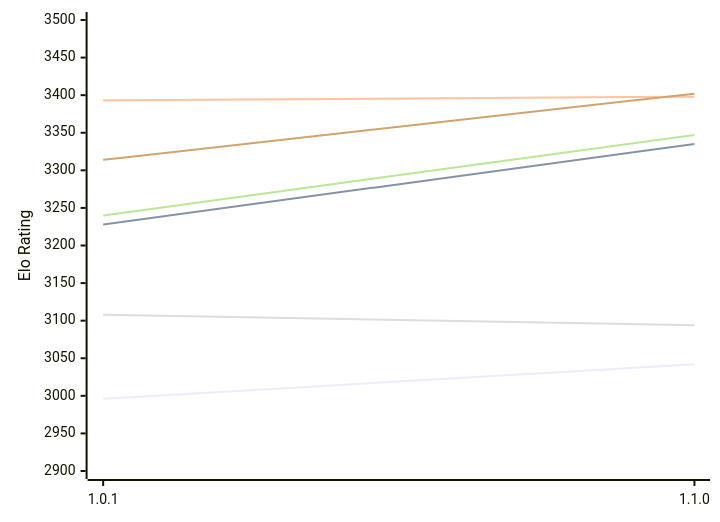
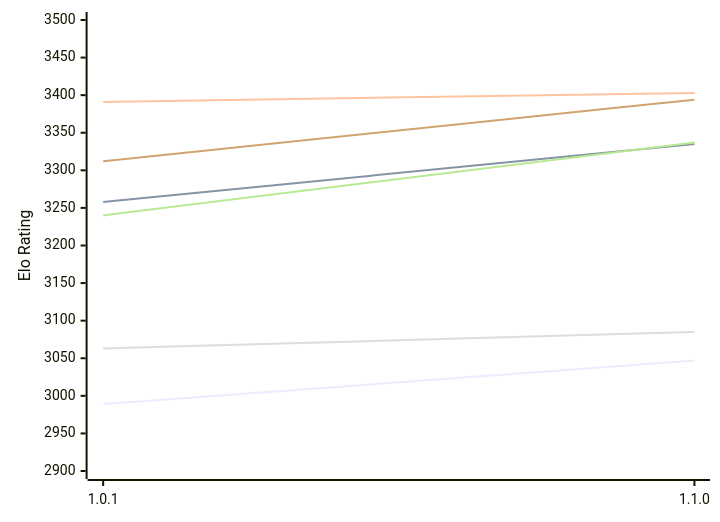
One commit to computer-chess-index/cci changed the first of 2 diagrams in engines/Ursus.md. Above: the diagram before and after it, drawn with Mermaid. The commit also changed other lines of this file, not shown here.

Commit message:
Update CCI Ratings (ELO VLTC) - 2026-11-15

````diff
--- a/engines/Ursus.md
+++ b/engines/Ursus.md
@@ -51,12 +51,12 @@
 ```mermaid
 %%{init: {"theme":"base","themeVariables":{"seriesColors:['#a3a3a3','#222221','#faa371']}}}%%
 xychart-beta
   x-axis ["1.0.1", "1.1.0"]
   y-axis "Elo Rating" 2900 --> 3500
-  line "E1: STC (8.0+0.08s)" [2996, 3042]
-  line "E1: LTC (60.0+0.60s)" [3228, 3335]
-  line "E1: VLTC (2m24s+1.12s)" [3393, 3398]
-  line "P1: STC (8.0+0.08s)" [3108, 3094]
-  line "P1: LTC (60.0+0.60s)" [3240, 3347]
-  line "P1: VLTC (2m24s+1.12s)" [3314, 3402]
+  line "E1: STC (8.0+0.08s)" [2989, 3047]
+  line "E1: LTC (60.0+0.60s)" [3258, 3335]
+  line "E1: VLTC (2m24s+1.12s)" [3391, 3403]
+  line "P1: STC (8.0+0.08s)" [3063, 3085]
+  line "P1: LTC (60.0+0.60s)" [3240, 3337]
+  line "P1: VLTC (2m24s+1.12s)" [3312, 3394]
 ```
````
